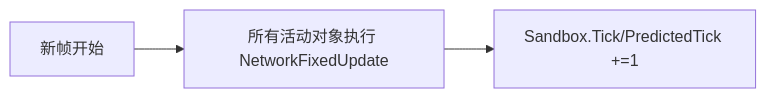
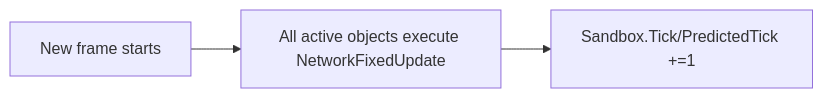
One commit to Canglangzi/NetickDocumentation changed the fifth of 6 diagrams in NetworkNodes/English/Netick/notion/Prediction.md. Above: the diagram before and after it, drawn with Mermaid. The commit also changed other lines of this file, not shown here.

````diff
--- a/NetworkNodes/English/Netick/notion/Prediction.md
+++ b/NetworkNodes/English/Netick/notion/Prediction.md
@@ -60,5 +57,5 @@
-```mermaid 
+```mermaid
 graph LR
-    I[新帧开始] --> J[所有活动对象执行 NetworkFixedUpdate]
-    J --> K[Sandbox.Tick/PredictedTick +=1]
+I[New frame starts] --> J[All active objects execute NetworkFixedUpdate]
+J --> K[Sandbox.Tick/PredictedTick +=1]
 ```
````
